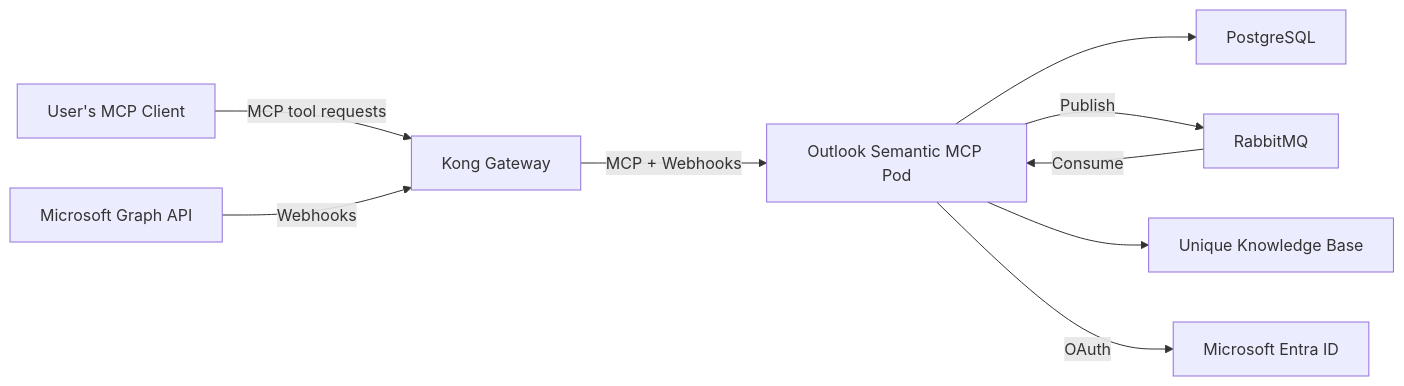
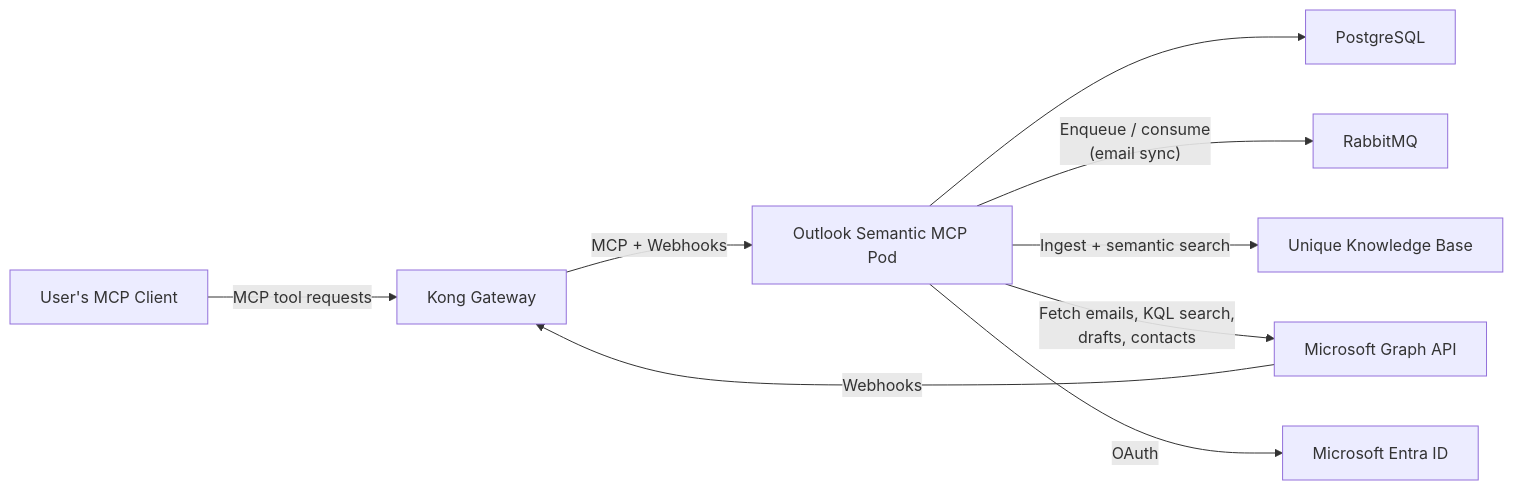
The first of 2 diagrams in services/outlook-semantic-mcp/docs/operator/README.md (Unique-AG/connectors), drawn with Mermaid before and after one commit. The commit also changed other lines of this file, not shown here.

First line of the commit message:
docs(outlook-semantic-mcp): split operator architecture into Mode A and B diagrams (#677)

````diff
--- a/services/outlook-semantic-mcp/docs/operator/README.md
+++ b/services/outlook-semantic-mcp/docs/operator/README.md
@@ -16,20 +20,20 @@
 ```mermaid
 flowchart LR
     MCPClient["User's MCP Client"]
     Kong["Kong Gateway"]
     OutlookMCP["Outlook Semantic MCP Pod"]
     PostgreSQL["PostgreSQL"]
     RabbitMQ["RabbitMQ"]
     UniqueKB["Unique Knowledge Base"]
     MSGraph["Microsoft Graph API"]
     EntraID["Microsoft Entra ID"]
 
     MCPClient -->|"MCP tool requests"| Kong
     Kong -->|"MCP + Webhooks"| OutlookMCP
     OutlookMCP --> PostgreSQL
-    OutlookMCP -->|"Publish"| RabbitMQ
-    RabbitMQ -->|"Consume"| OutlookMCP
-    OutlookMCP --> UniqueKB
+    OutlookMCP -->|"Enqueue / consume\n(email sync)"| RabbitMQ
+    OutlookMCP -->|"Ingest + semantic search"| UniqueKB
+    OutlookMCP -->|"Fetch emails, KQL search,\ndrafts, contacts"| MSGraph
     MSGraph -->|"Webhooks"| Kong
     OutlookMCP -->|"OAuth"| EntraID
 ```
````
